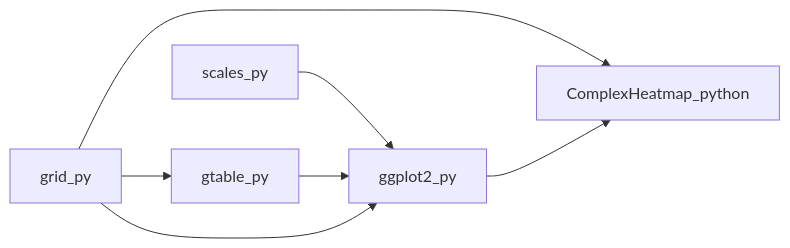
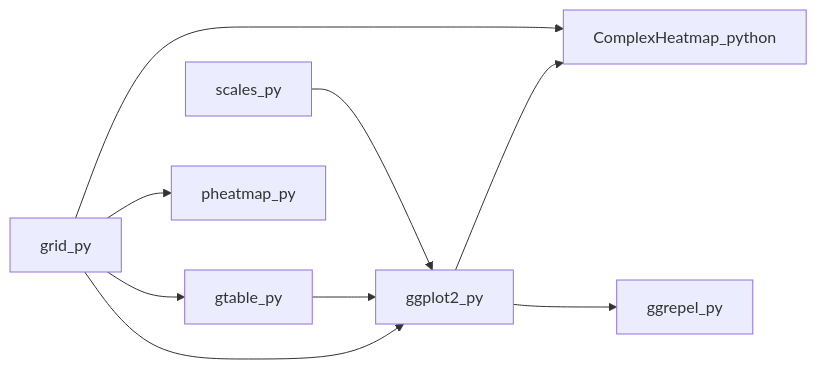
Before and after one commit to Bio-Babel/.github: the diagram in profile/README.md, drawn with Mermaid. The commit also changed other lines of this file, not shown here.

Commit message:
profile: add pheatmap/ggrepel to viz stack, add monocle2-python downstream example

````diff
--- a/profile/README.md
+++ b/profile/README.md
@@ -39,9 +39,11 @@
 ```mermaid
 graph LR
   scales[scales_py] --> ggplot2[ggplot2_py]
   gtable[gtable_py]  --> ggplot2
   grid[grid_py]       --> gtable
   grid                --> ggplot2
+  grid                --> pheatmap[pheatmap_py]
   grid                --> CH[ComplexHeatmap_python]
   ggplot2             --> CH
+  ggplot2             --> ggrepel[ggrepel_py]
 ```
````
